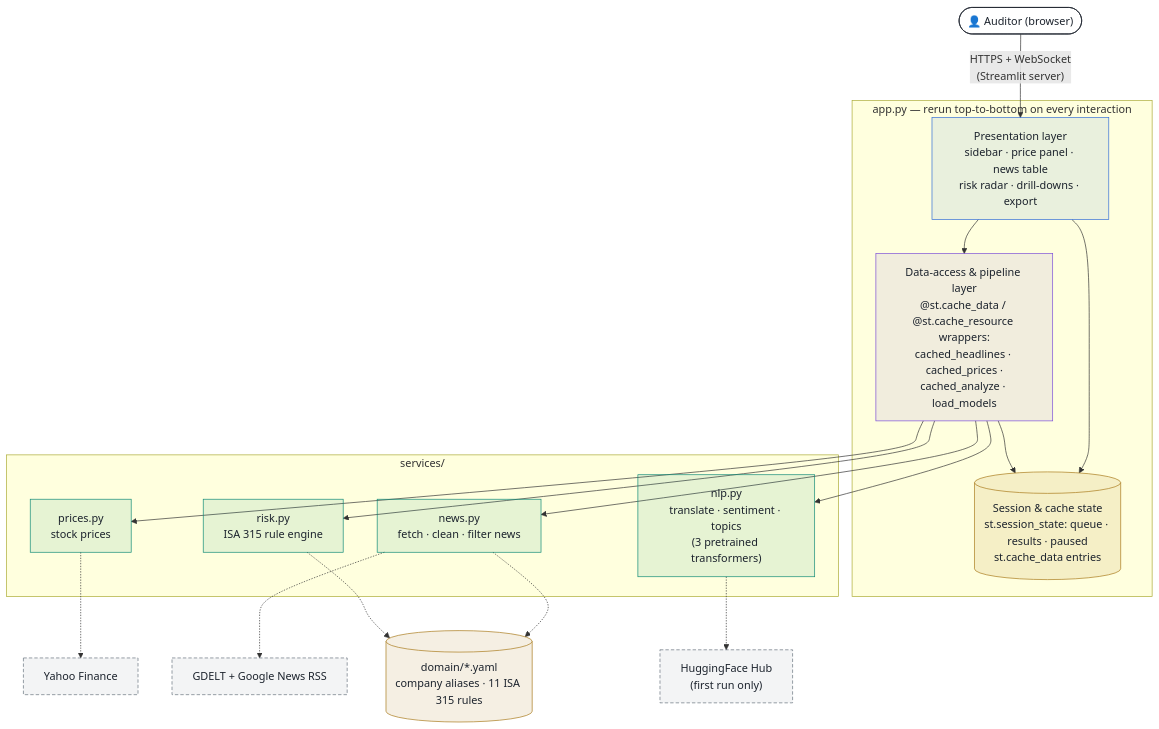
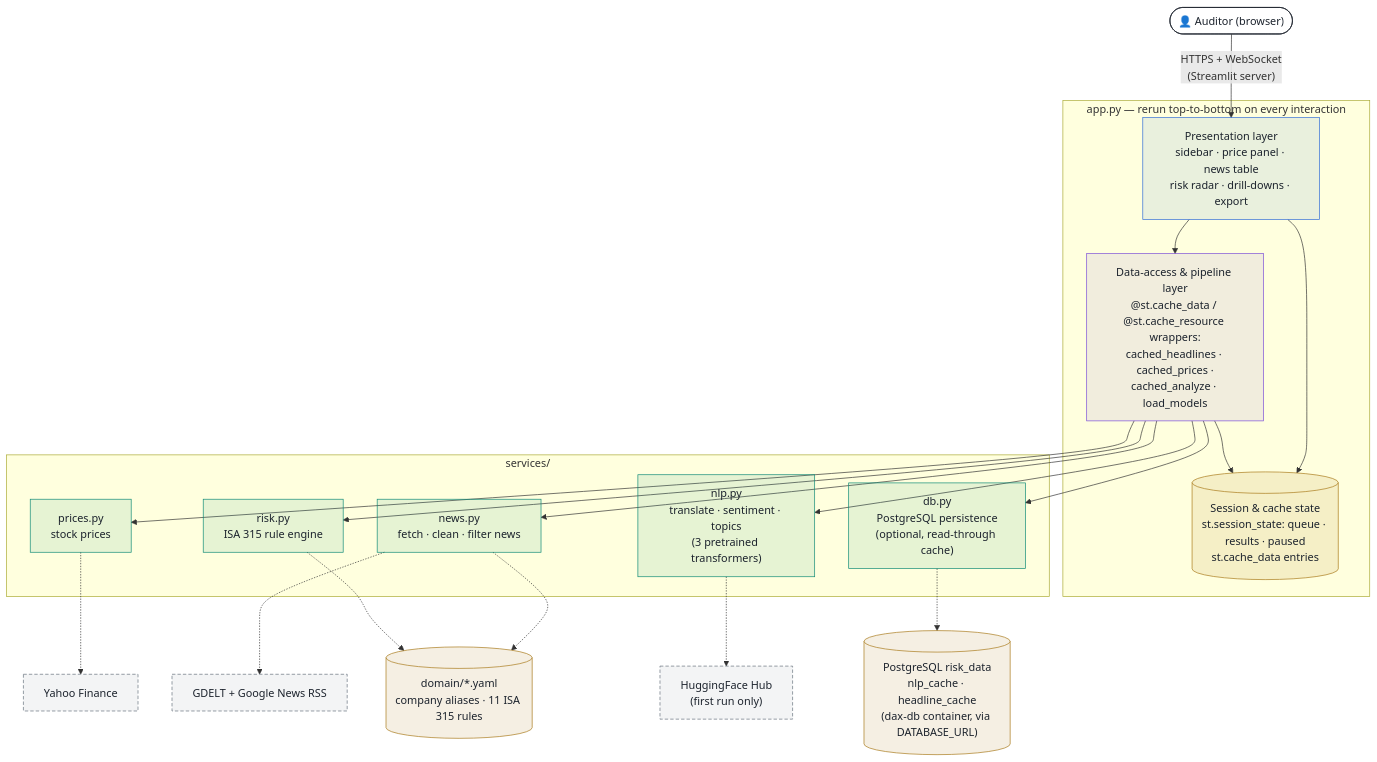
Before and after one commit to lasse133/DaxDataDashboard: the diagram in doc/component-diagram.md, drawn with Mermaid. The commit also changed other lines of this file and 6 other files, not shown here.

````diff
--- a/doc/component-diagram.md
+++ b/doc/component-diagram.md
@@ -20,52 +20,56 @@
 ```mermaid
 flowchart TB
     AUDITOR(["👤 Auditor (browser)"])
 
     subgraph APP["app.py — rerun top-to-bottom on every interaction"]
         UI["Presentation layer<br/>sidebar · price panel · news table<br/>risk radar · drill-downs · export"]
         MID["Data-access & pipeline layer<br/>@st.cache_data / @st.cache_resource wrappers:<br/>cached_headlines · cached_prices ·<br/>cached_analyze · load_models"]
         STATE[("Session & cache state<br/>st.session_state: queue · results · paused<br/>st.cache_data entries")]
     end
 
     subgraph SVC["services/"]
         PRICES["prices.py<br/>stock prices"]
         NEWS["news.py<br/>fetch · clean · filter news"]
         NLP["nlp.py<br/>translate · sentiment · topics<br/>(3 pretrained transformers)"]
         RISK["risk.py<br/>ISA 315 rule engine"]
+        DB["db.py<br/>PostgreSQL persistence<br/>(optional, read-through cache)"]
     end
 
     DOMAIN[("domain/*.yaml<br/>company aliases · 11 ISA 315 rules")]
+    PG[("PostgreSQL risk_data<br/>nlp_cache · headline_cache<br/>(dax-db container, via DATABASE_URL)")]
 
     YAHOO["Yahoo Finance"]
     NEWSAPI["GDELT + Google News RSS"]
     HF["HuggingFace Hub<br/>(first run only)"]
 
     AUDITOR -->|"HTTPS + WebSocket<br/>(Streamlit server)"| UI
     UI --> MID
     UI --> STATE
     MID --> STATE
     MID --> PRICES
     MID --> NEWS
     MID --> NLP
     MID --> RISK
+    MID --> DB
 
+    DB -.-> PG
     NEWS -.-> DOMAIN
     RISK -.-> DOMAIN
     PRICES -.-> YAHOO
     NEWS -.-> NEWSAPI
     NLP -.-> HF
 
     classDef ui fill:#2f6bd81a,stroke:#2f6bd8,color:#1c232d
     classDef adapter fill:#7a4dd81a,stroke:#7a4dd8,color:#1c232d
     classDef svc fill:#0e8a761a,stroke:#0e8a76,color:#1c232d
     classDef data fill:#a97a1a1f,stroke:#a97a1a,color:#1c232d
     classDef ext fill:#66707d14,stroke:#66707d,stroke-dasharray:5 3,color:#1c232d
     classDef actor fill:#ffffff,stroke:#1c232d,color:#1c232d
 
     class UI ui
     class MID adapter
-    class PRICES,NEWS,NLP,RISK svc
-    class DOMAIN,STATE data
+    class PRICES,NEWS,NLP,RISK,DB svc
+    class DOMAIN,STATE,PG data
     class YAHOO,NEWSAPI,HF ext
     class AUDITOR actor
 ```
````
